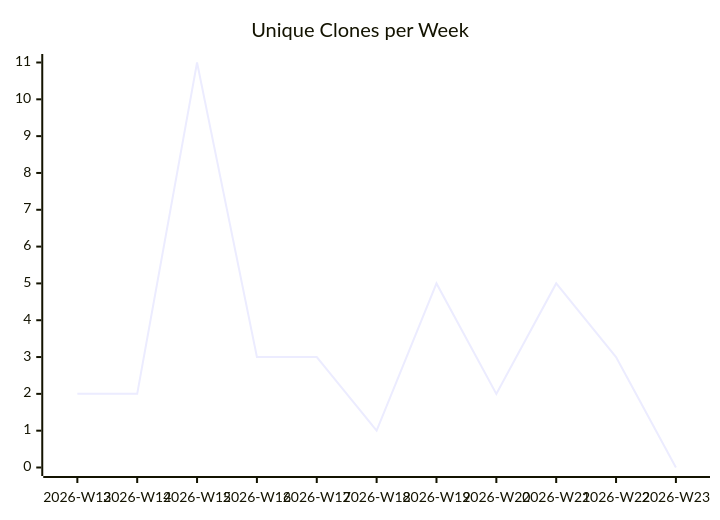
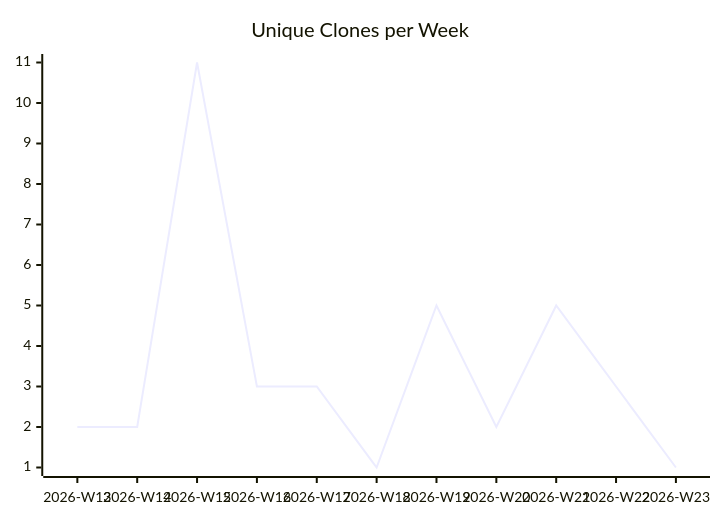
The third of 3 diagrams in karlmdavis/jessentials/README.md (justdavis-family/github-analytics-data), drawn with Mermaid before and after one commit. The commit also changed other lines of this file and 189 other files, not shown here.

````diff
--- a/karlmdavis/jessentials/README.md
+++ b/karlmdavis/jessentials/README.md
@@ -19,6 +19,6 @@
 ```mermaid
 xychart-beta
   title "Unique Clones per Week"
   x-axis ["2026-W13", "2026-W14", "2026-W15", "2026-W16", "2026-W17", "2026-W18", "2026-W19", "2026-W20", "2026-W21", "2026-W22", "2026-W23"]
-  line [2, 2, 11, 3, 3, 1, 5, 2, 5, 3, 0]
+  line [2, 2, 11, 3, 3, 1, 5, 2, 5, 3, 1]
 ```
````
